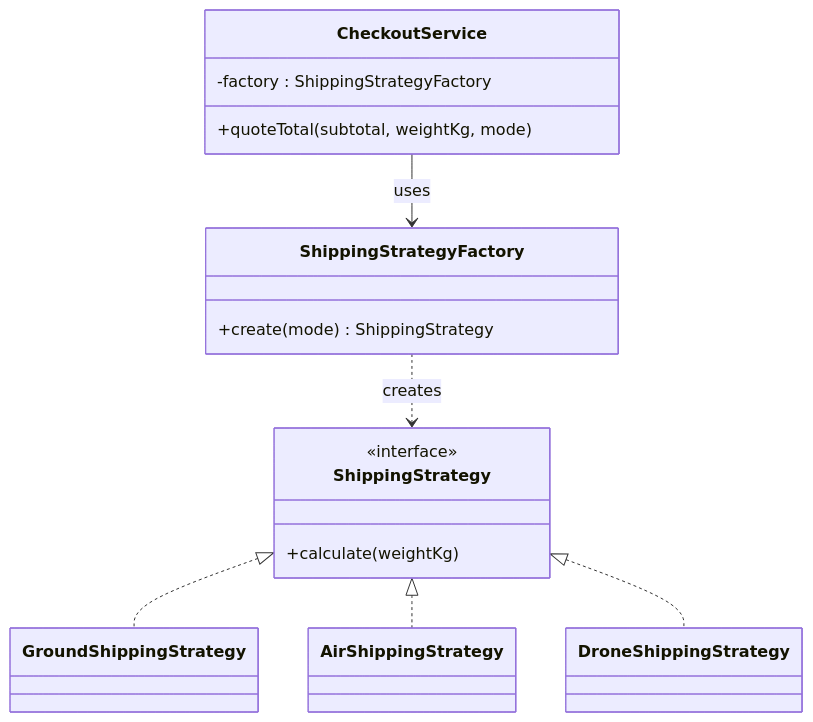
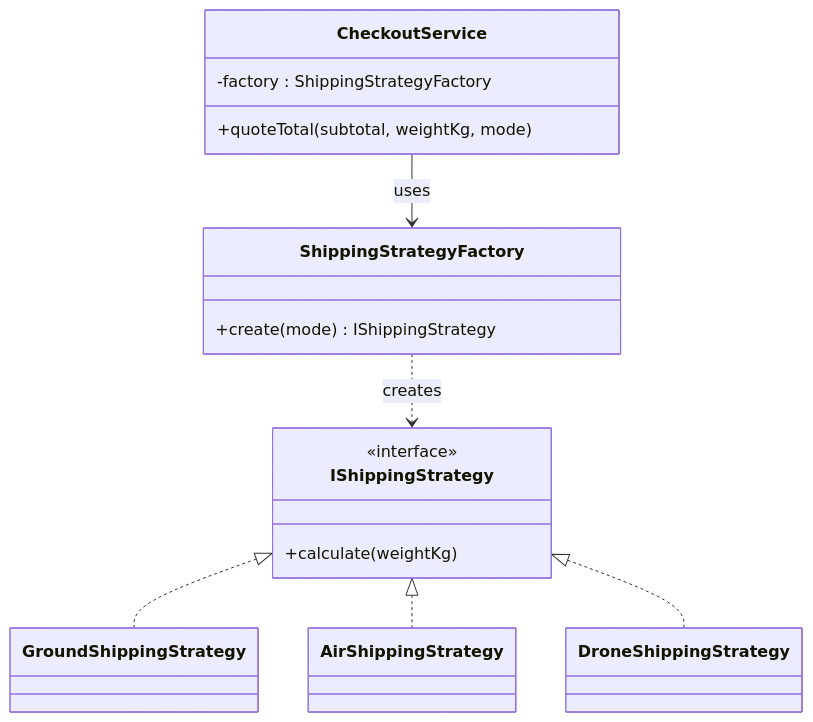
Before and after one commit to jeff-adkisson/swe-4743-spring-2026-oo-design: the second of 8 diagrams in presentations/08-factory-singleton.md, drawn with Mermaid. The commit also changed other lines of this file, not shown here.

First line of the commit message:
Adds factory pattern decision flow and run examples

````diff
--- a/presentations/08-factory-singleton.md
+++ b/presentations/08-factory-singleton.md
@@ -67,25 +80,25 @@
 ```mermaid
 classDiagram
-    class ShippingStrategy {
+    class IShippingStrategy {
         <<interface>>
         +calculate(weightKg)
     }
     class GroundShippingStrategy
     class AirShippingStrategy
     class DroneShippingStrategy
-    ShippingStrategy <|.. GroundShippingStrategy
-    ShippingStrategy <|.. AirShippingStrategy
-    ShippingStrategy <|.. DroneShippingStrategy
+    IShippingStrategy <|.. GroundShippingStrategy
+    IShippingStrategy <|.. AirShippingStrategy
+    IShippingStrategy <|.. DroneShippingStrategy
 
     class ShippingStrategyFactory {
-        +create(mode) ShippingStrategy
+        +create(mode) IShippingStrategy
     }
 
     class CheckoutService {
         -factory : ShippingStrategyFactory
         +quoteTotal(subtotal, weightKg, mode)
     }
 
-    ShippingStrategyFactory ..> ShippingStrategy : creates
+    ShippingStrategyFactory ..> IShippingStrategy : creates
     CheckoutService --> ShippingStrategyFactory : uses
 ```
````
